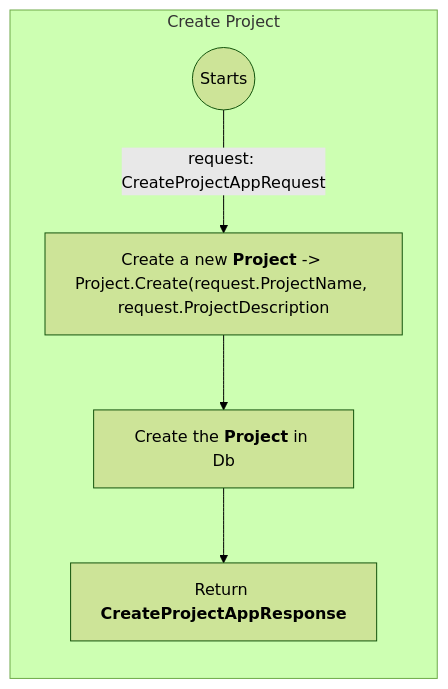
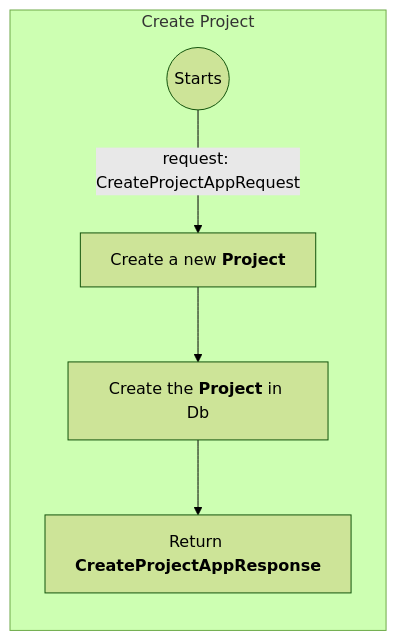
The first of 2 diagrams in AI/Actions/ProjectAppService.md (sdlfly2000/DomainBasedDesigner), drawn with Mermaid (forest theme) before and after one commit. The commit also changed other lines of this file and 3 other files, not shown here.

````diff
--- a/AI/Actions/ProjectAppService.md
+++ b/AI/Actions/ProjectAppService.md
@@ -34,15 +34,14 @@
     ```mermaid
         graph TB
             subgraph main [Create Project]
                 direction TB
                 start(("Start"s)) -->                
 
-                |request: CreateProjectAppRequest| newProject["`Create a new **Project** -> Project.Create(request.ProjectName, request.ProjectDescription`"] -->
+                |request: CreateProjectAppRequest| newProject["`Create a new **Project**`"] -->
 
-                %% {/* ProjectRepository.CreateProject(project).ConfigureAwait(false) */} 
                 CreateProject["`Create the **Project** in Db`"] -->
 
                 %% {/* return new CreateProjectAppResponse(request.Id, true, null)  */}
                 return["`Return **CreateProjectAppResponse**`"]
             end
     ```
````
